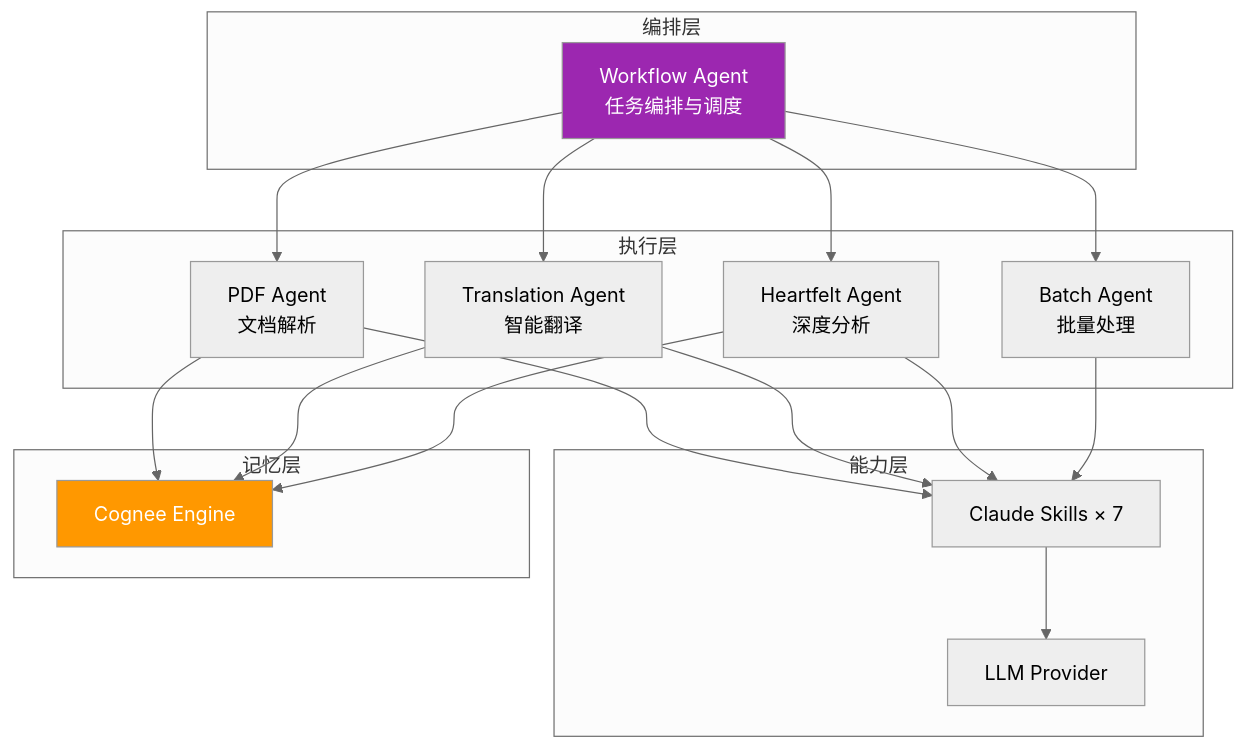
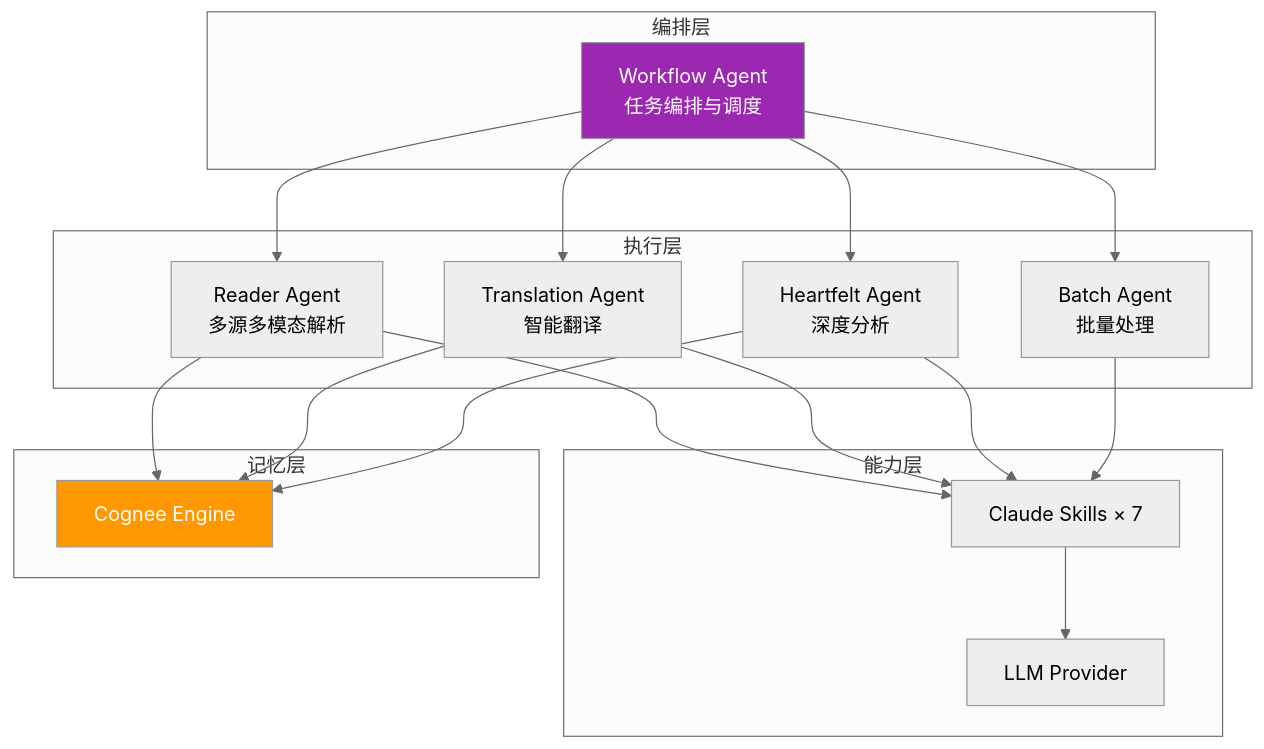
Before and after one commit to ThreeFish-AI/agentic-ai-cognizes: the sixth of 12 diagrams in docs/000-prd.md, drawn with Mermaid (neutral theme). The commit also changed other lines of this file and 2 other files, not shown here.

````diff
--- a/docs/000-prd.md
+++ b/docs/000-prd.md
@@ -266,30 +266,30 @@
 ```mermaid
 flowchart TB
     subgraph "编排层"
         WA[Workflow Agent<br/>任务编排与调度]
     end
 
     subgraph "执行层"
-        PA[PDF Agent<br/>文档解析]
+        RA[Reader Agent<br/>多源多模态解析]
         TA[Translation Agent<br/>智能翻译]
         HA[Heartfelt Agent<br/>深度分析]
         BA[Batch Agent<br/>批量处理]
     end
 
     subgraph "能力层"
         Skills[Claude Skills × 7]
         LLM[LLM Provider]
     end
 
     subgraph "记忆层"
         Cognee[Cognee Engine]
     end
 
-    WA --> PA & TA & HA & BA
-    PA & TA & HA & BA --> Skills
+    WA --> RA & TA & HA & BA
+    RA & TA & HA & BA --> Skills
     Skills --> LLM
-    PA & TA & HA --> Cognee
+    RA & TA & HA --> Cognee
 
     style WA fill:#9c27b0,color:#fff
     style Cognee fill:#ff9800,color:#fff
 ```
````
